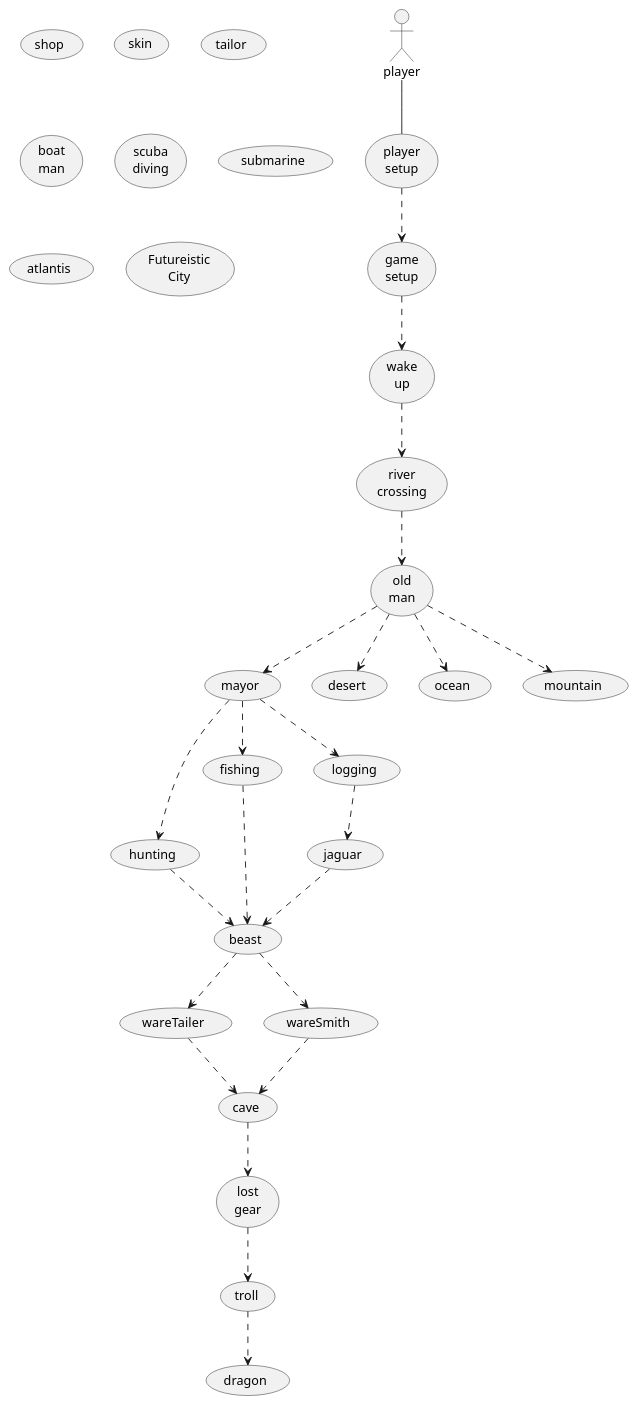
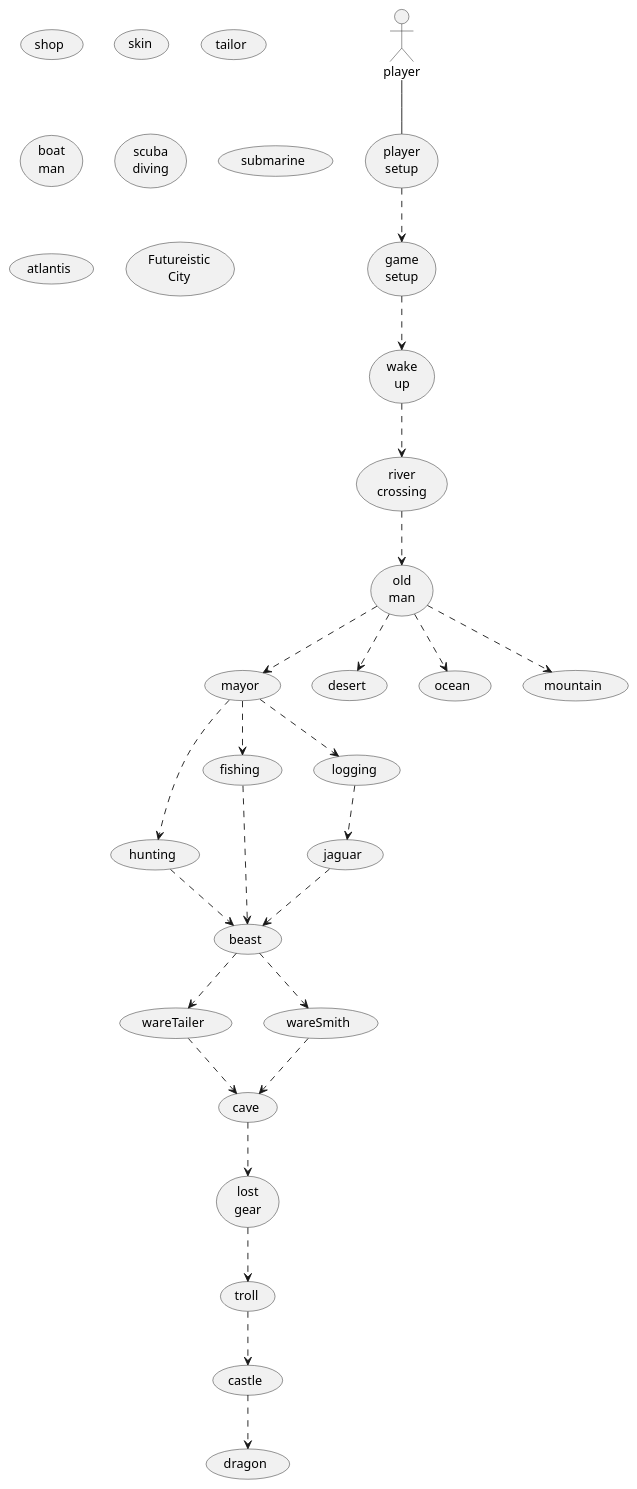
One commit to Ben-Stacey/Texted-Based-Game changed the diagram in timeline_design.puml. Above: the diagram before and after it, drawn with PlantUML. The commit also changed 2 other files, not shown here.

```diff
--- a/timeline_design.puml
+++ b/timeline_design.puml
@@ -1,75 +1,77 @@
-@startuml game
+@startuml 
 
 actor :player:
 
 usecase (player\nsetup) as playerSetup
 usecase (game\nsetup) as gameSetup
 usecase (wake\nup) as wakeUp
 usecase (river\ncrossing) as riverCrossing
 usecase (old\nman) as oldMan
 
 'Mayor storyline
 usecase (shop) as shop
 usecase (hunting) as hunting
 usecase (fishing) as fishing
 usecase (mayor) as mayor
 usecase (skin) as skin
 usecase (jaguar) as jaguar
 usecase (logging) as logging
 usecase (tailor) as tailor
 usecase (beast) as beast
 usecase (wareTailer) as wareTailor
 usecase (wareSmith) as wareSmith
 usecase (cave) as cave
 usecase (lost\ngear) as lostGear
 usecase (troll) as troll
+usecase (castle) as castle
 
 'Desert storyline
 usecase (desert) as desert
 
 
 'Ocean storyline
 usecase (ocean) as ocean
 usecase (boat\nman) as boatMan
 usecase (scuba\ndiving) as scubaDiving
 usecase (submarine) as submarine
 
 usecase (atlantis) as atlantis
 
 
 'Mountain storyline
 usecase (mountain) as mountain
 usecase (Futureistic\nCity) as city
 
 'Dragon ending 
 usecase (dragon) as dragon
 
 
 player -- playerSetup
 
 playerSetup ..> gameSetup
 gameSetup ..> wakeUp
 wakeUp ..> riverCrossing
 riverCrossing ..> oldMan
 oldMan ..> desert
 oldMan ..> ocean
 oldMan ..> mountain
 oldMan ..> mayor
 mayor ..> hunting
 mayor ..> fishing
 mayor ..> logging
 logging ..> jaguar
 hunting ..> beast
 fishing ..> beast
 jaguar ..> beast
 beast ..> wareSmith
 beast ..> wareTailor
 wareSmith ..> cave
 wareTailor ..> cave
 cave ..> lostGear
 lostGear ..> troll
-troll ..> dragon
+troll ..> castle
+castle ..> dragon
 
 
 
 @enduml
```
